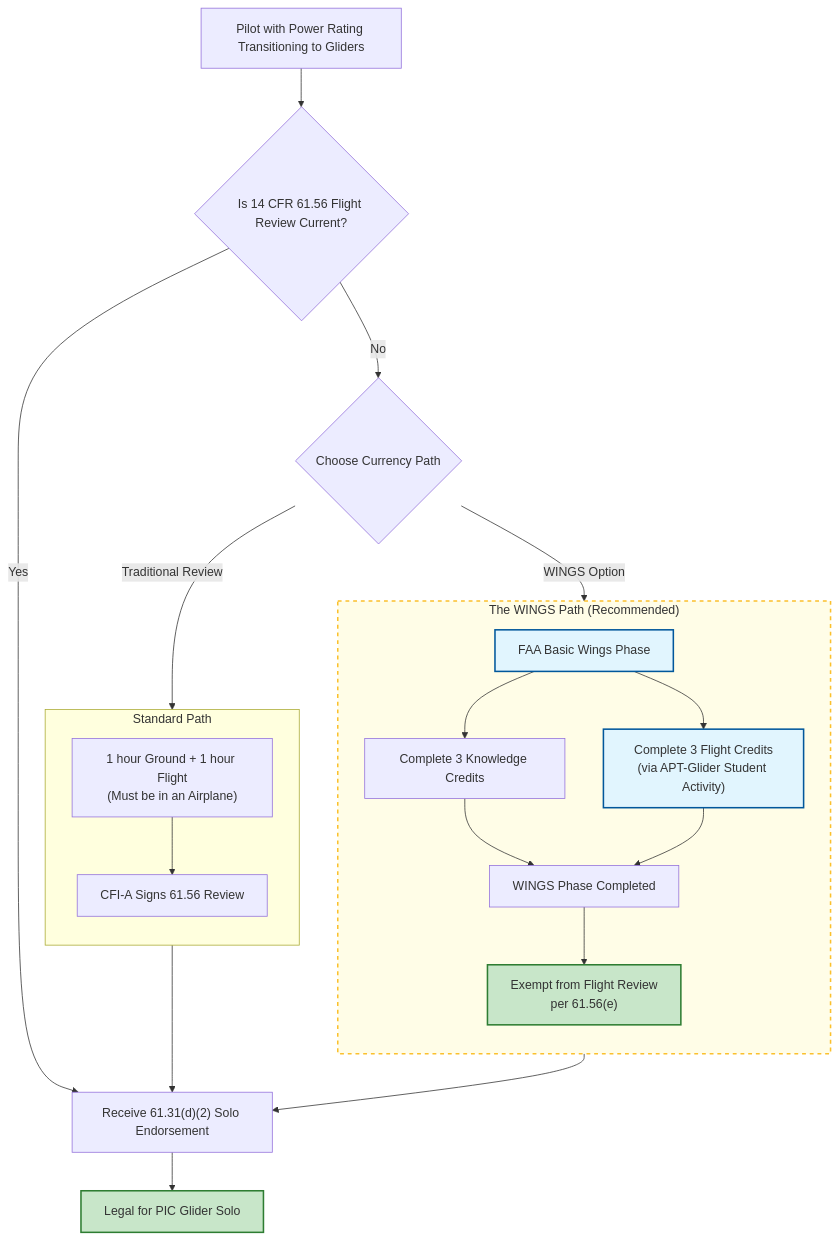
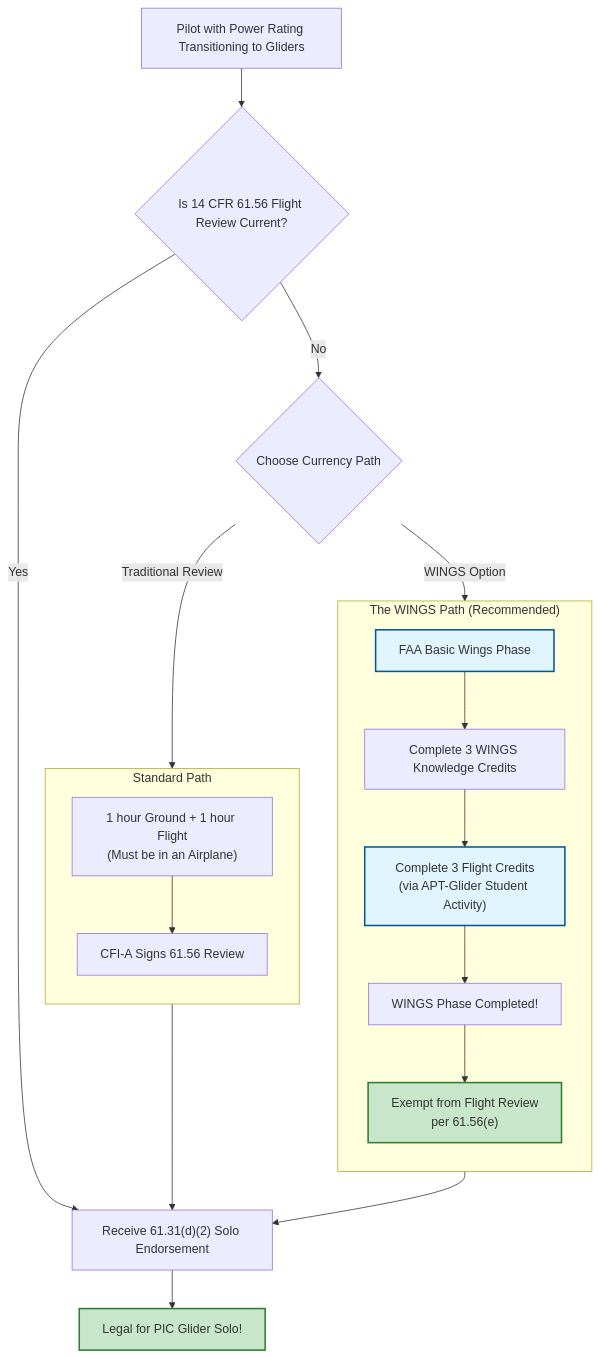
The diagram in docs/wings-61-56.md (pietbarber/Manage2Soar), drawn with Mermaid before and after one commit.

Commit message:
Update flowchart configuration and structure

````diff
--- a/docs/wings-61-56.md
+++ b/docs/wings-61-56.md
@@ -1,43 +1,41 @@
 ```mermaid
-graph TD
-    %% Define Node Styles
-    classDef wingsPath fill:#fffde7,stroke:#fbc02d,stroke-width:2px,stroke-dasharray: 5 5;
-    classDef highlight fill:#e1f5fe,stroke:#01579b,stroke-width:2px;
-    classDef success fill:#c8e6c9,stroke:#2e7d32,stroke-width:2px;
+---
+config:
+  layout: fixed
+---
+flowchart TB
+ subgraph WINGS["The WINGS Path (Recommended)"]
+    direction TB
+        W2["Complete 3 WINGS Knowledge Credits"]
+        W1["FAA Basic Wings Phase"]
+        W3["Complete 3 Flight Credits<br>(via APT-Glider Student Activity)"]
+        W4["WINGS Phase Completed!"]
+        Exempt["Exempt from Flight Review<br>per 61.56(e)"]
+  end
+ subgraph Standard["Standard Path"]
+    direction TB
+        S2["CFI-A Signs 61.56 Review"]
+        S1["1 hour Ground + 1 hour Flight<br>(Must be in an Airplane)"]
+  end
+    Start["Pilot with Power Rating Transitioning to Gliders"] --> ReviewCheck{"Is 14 CFR 61.56 Flight Review Current?"}
+    ReviewCheck -- Yes --> Endorsement["Receive 61.31(d)(2) Solo Endorsement"]
+    ReviewCheck -- No --> Choice{"Choose Currency Path"}
+    W1 --> W2
+    W4 --> Exempt
+    S1 --> S2
+    Choice -- WINGS Option --> W1
+    Choice -- Traditional Review --> S1
+    Exempt --> Endorsement
+    Endorsement --> Solo["Legal for PIC Glider Solo!"]
+    S2 --> Endorsement
+    W3 --> W4
+    W2 --> W3
 
-    Start[Pilot with Power Rating Transitioning to Gliders] --> ReviewCheck{"Is 14 CFR 61.56 Flight Review Current?"}
-    
-    ReviewCheck -- "Yes" --> Endorsement["Receive 61.31(d)(2) Solo Endorsement"]
-    ReviewCheck -- "No" --> Choice{Choose Currency Path}
-
-    %% WINGS Path on the Left
-    subgraph WINGS ["The WINGS Path (Recommended)"]
-        direction TB
-        W1[FAA Basic Wings Phase] --> W2[Complete 3 Knowledge Credits]
-        W1 --> W3["Complete 3 Flight Credits<br/>(via APT-Glider Student Activity)"]
-        W2 --> W4[WINGS Phase Completed]
-        W3 --> W4
-        W4 --> Exempt["Exempt from Flight Review<br/>per 61.56(e)"]
-    end
-
-    %% Standard Path on the Right
-    subgraph Standard ["Standard Path"]
-        direction TB
-        S1["1 hour Ground + 1 hour Flight<br/>(Must be in an Airplane)"] --> S2[CFI-A Signs 61.56 Review]
-    end
-
-    %% Connect Choice to the start of each subgraph
-    Choice -- "WINGS Option" --> W1
-    Choice -- "Traditional Review" --> S1
-
-    %% Final exit paths
-    Exempt --> Endorsement
-    S2 --> Endorsement
-    Endorsement --> Solo[Legal for PIC Glider Solo]
-
-    %% Apply Styles
-    class WINGS wingsPath;
-    class W1,W3 highlight;
-    class Exempt,Solo success;
-
+     W1:::highlight
+     W3:::highlight
+     Exempt:::success
+     Solo:::success
+    classDef wingsPath fill:#fffde7,stroke:#fbc02d,stroke-width:2px,stroke-dasharray: 5 5
+    classDef highlight fill:#e1f5fe,stroke:#01579b,stroke-width:2px
+    classDef success fill:#c8e6c9,stroke:#2e7d32,stroke-width:2px
 ```
````
